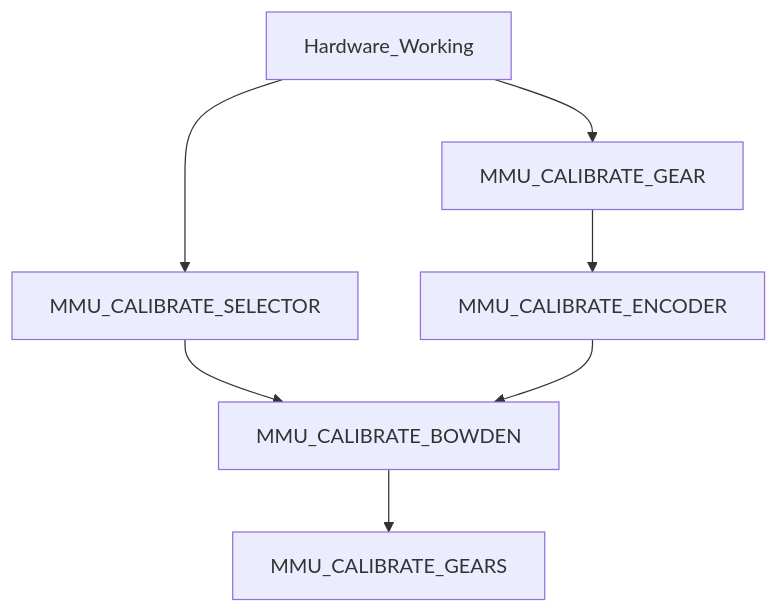
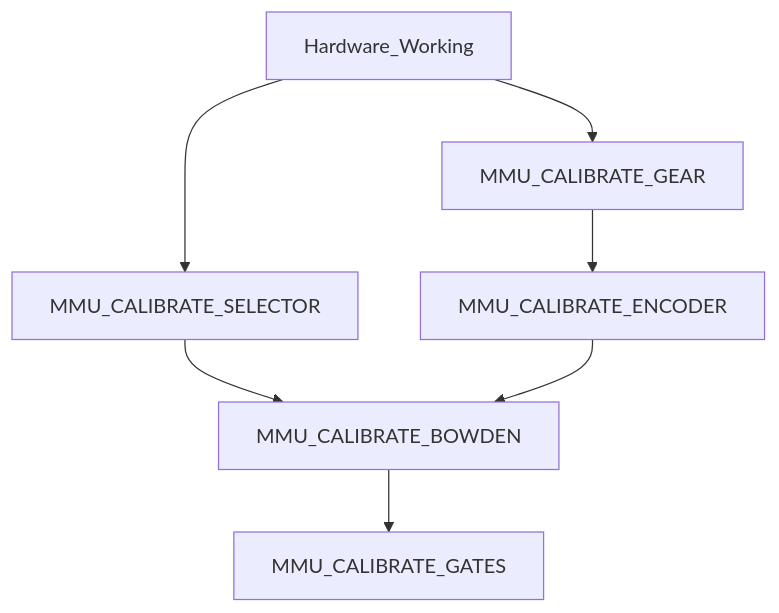
Before and after one commit to moggieuk/Happy-Hare: the diagram in doc/calibration.md, drawn with Mermaid.

Commit message:
Update calibration.md
FIxed typo in flow diagram

````diff
--- a/doc/calibration.md
+++ b/doc/calibration.md
@@ -8,9 +8,9 @@
 ```mermaid
 graph TD;
     Hardware_Working --> MMU_CALIBRATE_SELECTOR
     MMU_CALIBRATE_SELECTOR --> MMU_CALIBRATE_BOWDEN
     Hardware_Working --> MMU_CALIBRATE_GEAR
     MMU_CALIBRATE_GEAR --> MMU_CALIBRATE_ENCODER
     MMU_CALIBRATE_ENCODER --> MMU_CALIBRATE_BOWDEN
-    MMU_CALIBRATE_BOWDEN --> MMU_CALIBRATE_GEARS
+    MMU_CALIBRATE_BOWDEN --> MMU_CALIBRATE_GATES
 ```
````
